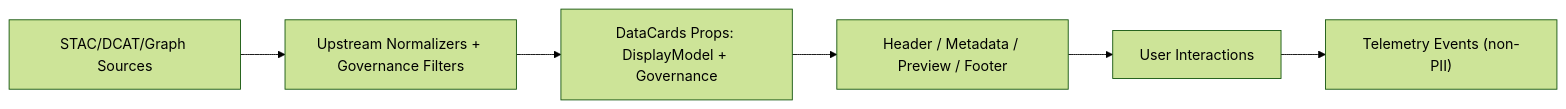
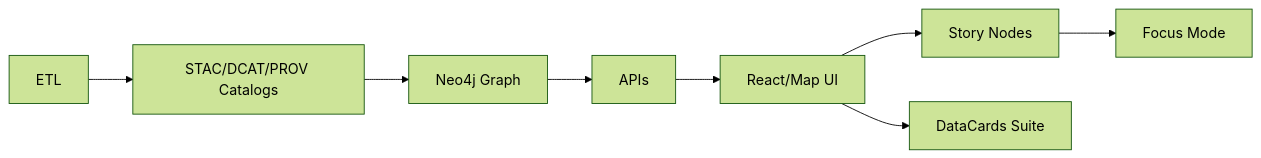
The first of 3 diagrams in web/src/components/DataCards/Readme.md (bartytime4life/Kansas-Frontier-Matrix), drawn with Mermaid (forest theme) before and after one commit. The commit also changed other lines of this file, not shown here.

```diff
--- a/web/src/components/DataCards/Readme.md
+++ b/web/src/components/DataCards/Readme.md
@@ -187,8 +196,10 @@
 ~~~mermaid
 flowchart LR
-  A["STAC/DCAT/Graph Sources"] --> B["Upstream Normalizers + Governance Filters"]
-  B --> C["DataCards Props: DisplayModel + Governance"]
-  C --> D["Header / Metadata / Preview / Footer"]
-  D --> E["User Interactions"]
-  E --> F["Telemetry Events (non-PII)"]
+  A[ETL] --> B[STAC/DCAT/PROV Catalogs]
+  B --> C[Neo4j Graph]
+  C --> D[APIs]
+  D --> E[React/Map UI]
+  E --> F[Story Nodes]
+  F --> G[Focus Mode]
+  E --> H[DataCards Suite]
 ~~~
```
